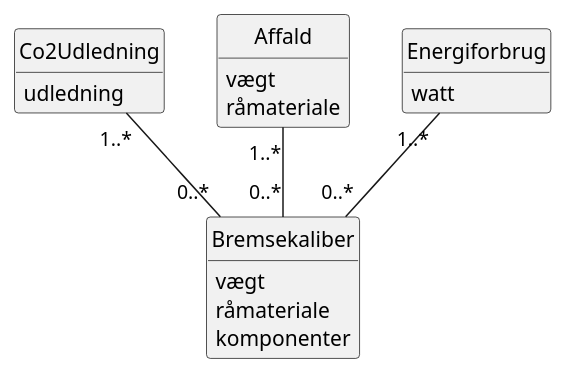
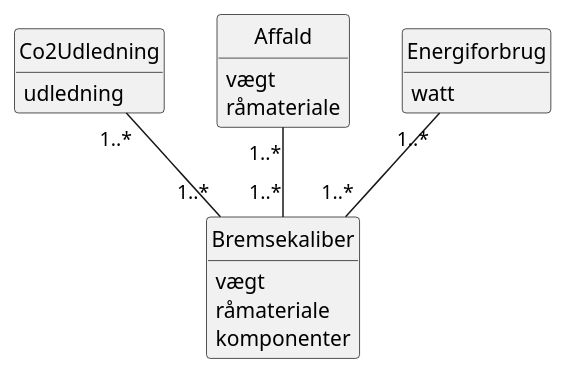
Before and after one commit to FilipMeldal/Team1A: the diagram in Budweg/Artefacts/BudwegDomainModel.plantuml, drawn with PlantUML.

```diff
--- a/Budweg/Artefacts/BudwegDomainModel.plantuml
+++ b/Budweg/Artefacts/BudwegDomainModel.plantuml
@@ -1,33 +1,33 @@
 @startuml
 hide circle
 hide empty members
 
-Co2Udledning "1..*" -- "0..*" Bremsekaliber
-Affald "1..*" -- "0..*" Bremsekaliber
-Energiforbrug "1..*" -- "0..*" Bremsekaliber
+Co2Udledning "1..*" -- "1..*" Bremsekaliber
+Affald "1..*" -- "1..*" Bremsekaliber
+Energiforbrug "1..*" -- "1..*" Bremsekaliber
 
 Class Bremsekaliber
 {
     vægt
     råmateriale
     komponenter
 }
 
 Class Co2Udledning 
 {
     udledning
 }
 
 Class Affald
 {
     vægt
     råmateriale
 }
 
 Class Energiforbrug
 {
     watt
 }
 
 
 @enduml
```
